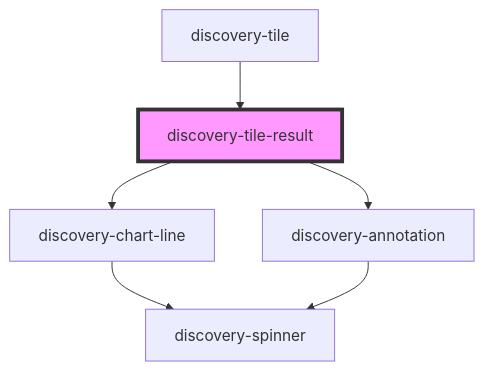
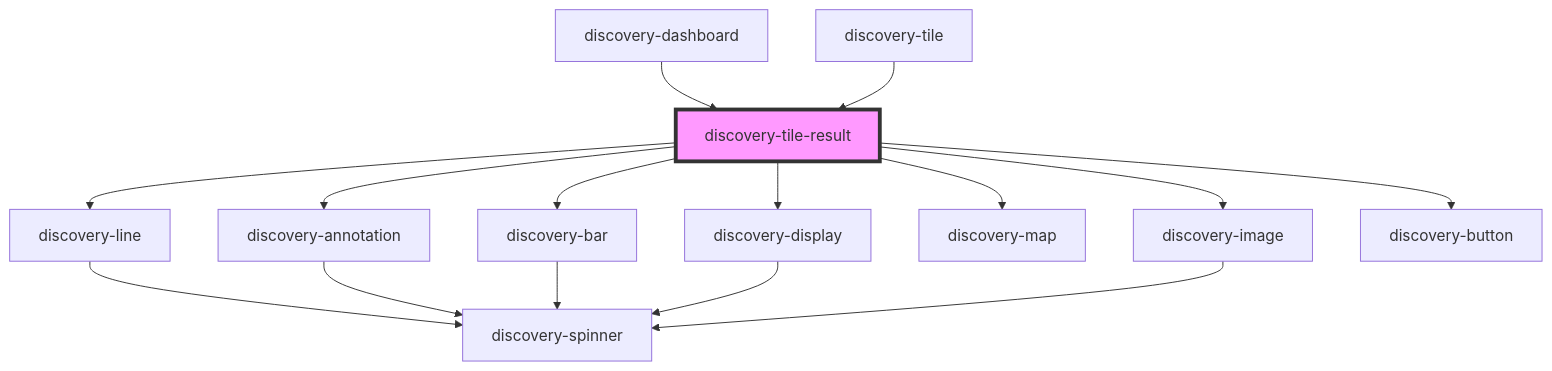
The diagram in src/components/discovery-tile-result/readme.md (senx/discovery-widgets), drawn with Mermaid before and after one commit. The commit also changed other lines of this file and 15 other files, not shown here.

````diff
--- a/src/components/discovery-tile-result/readme.md
+++ b/src/components/discovery-tile-result/readme.md
@@ -33,9 +42,18 @@
 ```mermaid
 graph TD;
-  discovery-tile-result --> discovery-chart-line
+  discovery-tile-result --> discovery-line
   discovery-tile-result --> discovery-annotation
-  discovery-chart-line --> discovery-spinner
+  discovery-tile-result --> discovery-bar
+  discovery-tile-result --> discovery-display
+  discovery-tile-result --> discovery-map
+  discovery-tile-result --> discovery-image
+  discovery-tile-result --> discovery-button
+  discovery-line --> discovery-spinner
   discovery-annotation --> discovery-spinner
+  discovery-bar --> discovery-spinner
+  discovery-display --> discovery-spinner
+  discovery-image --> discovery-spinner
+  discovery-dashboard --> discovery-tile-result
   discovery-tile --> discovery-tile-result
   style discovery-tile-result fill:#f9f,stroke:#333,stroke-width:4px
 ```
````
